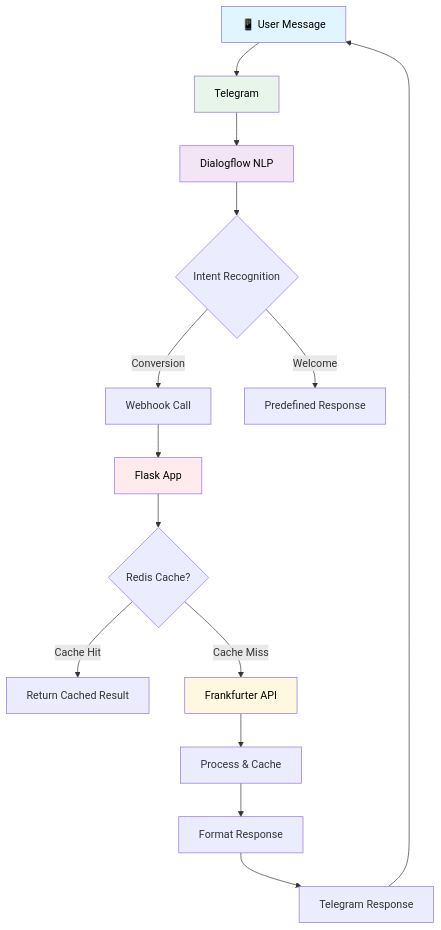
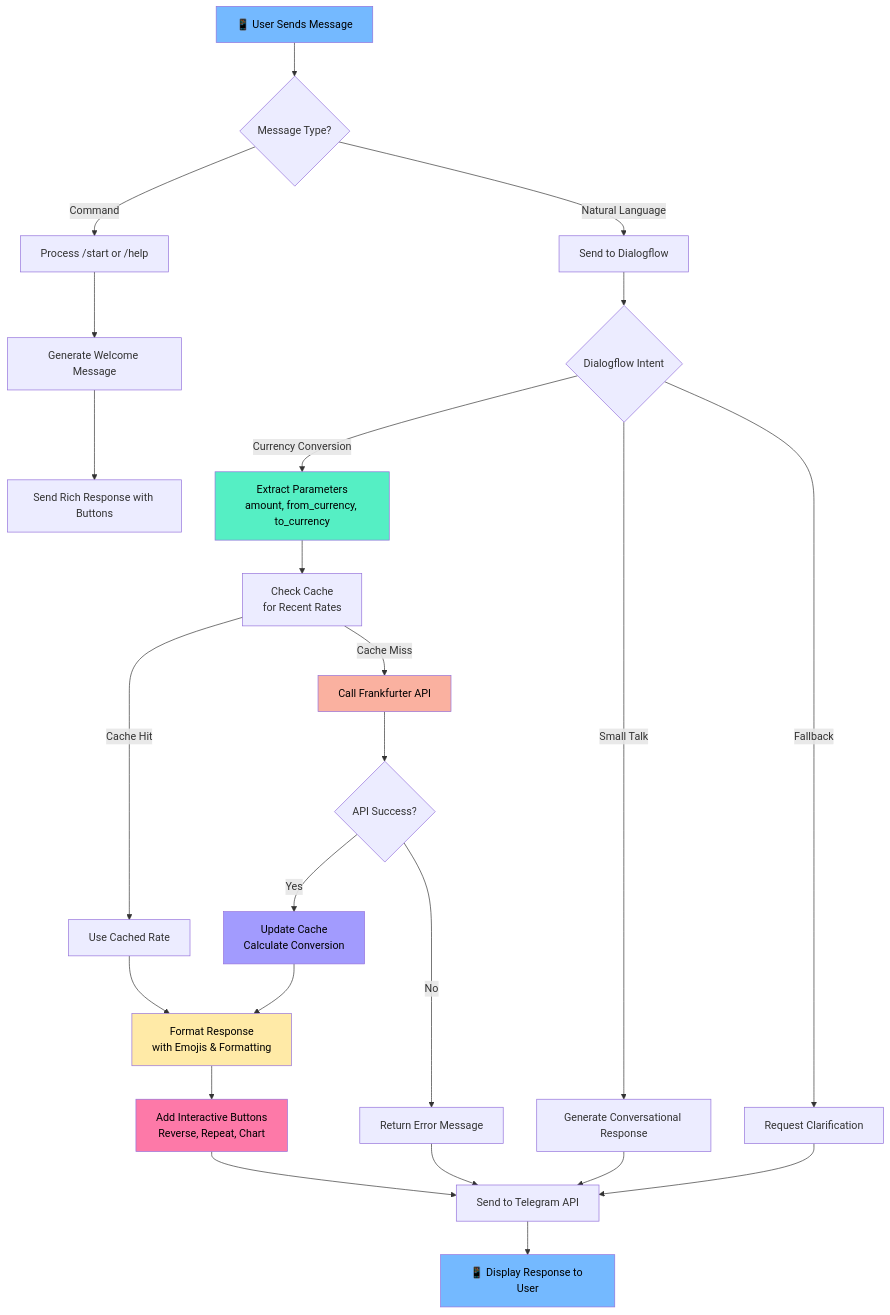
One commit to Dibyendu17122003/Currency-Converter-Chatbot-Telegram-Dialogflow changed the diagram in README.md. Above: the diagram before and after it, drawn with Mermaid. The commit also changed other lines of this file, not shown here.

````diff
--- a/README.md
+++ b/README.md
@@ -336,22 +254,42 @@
 ```mermaid
 flowchart TD
-    A[📱 User Message] --> B[Telegram]
-    B --> C[Dialogflow NLP]
-    C --> D{Intent Recognition}
-    D -->|Conversion| E[Webhook Call]
-    D -->|Welcome| F[Predefined Response]
-    E --> G[Flask App]
-    G --> H{Redis Cache?}
-    H -->|Cache Hit| I[Return Cached Result]
-    H -->|Cache Miss| J[Frankfurter API]
-    J --> K[Process & Cache]
-    K --> L[Format Response]
-    L --> M[Telegram Response]
-    M --> A
+    A[📱 User Sends Message] --> B{Message Type?}
+    B -->|Command| C[Process /start or /help]
+    B -->|Natural Language| D[Send to Dialogflow]
     
-    style A fill:#E1F5FE,color:#000
-    style B fill:#E8F5E9,color:#000
-    style C fill:#F3E5F5,color:#000
-    style G fill:#FFEBEE,color:#000
-    style J fill:#FFF8E1,color:#000
+    C --> E[Generate Welcome Message]
+    E --> F[Send Rich Response with Buttons]
+    
+    D --> G{Dialogflow Intent}
+    G -->|Currency Conversion| H[Extract Parameters<br>amount, from_currency, to_currency]
+    G -->|Small Talk| I[Generate Conversational Response]
+    G -->|Fallback| J[Request Clarification]
+    
+    H --> K[Check Cache<br>for Recent Rates]
+    K -->|Cache Hit| L[Use Cached Rate]
+    K -->|Cache Miss| M[Call Frankfurter API]
+    
+    M --> N{API Success?}
+    N -->|Yes| O[Update Cache<br>Calculate Conversion]
+    N -->|No| P[Return Error Message]
+    
+    L --> Q[Format Response<br>with Emojis & Formatting]
+    O --> Q
+    
+    Q --> R[Add Interactive Buttons<br>Reverse, Repeat, Chart]
+    R --> S[Send to Telegram API]
+    
+    I --> S
+    J --> S
+    P --> S
+    
+    S --> T[📱 Display Response to User]
+    
+    style A fill:#74b9ff,color:black
+    style T fill:#74b9ff,color:black
+    style H fill:#55efc4,color:black
+    style M fill:#fab1a0,color:black
+    style O fill:#a29bfe,color:black
+    style Q fill:#ffeaa7,color:black
+    style R fill:#fd79a8,color:black
 ```
````
